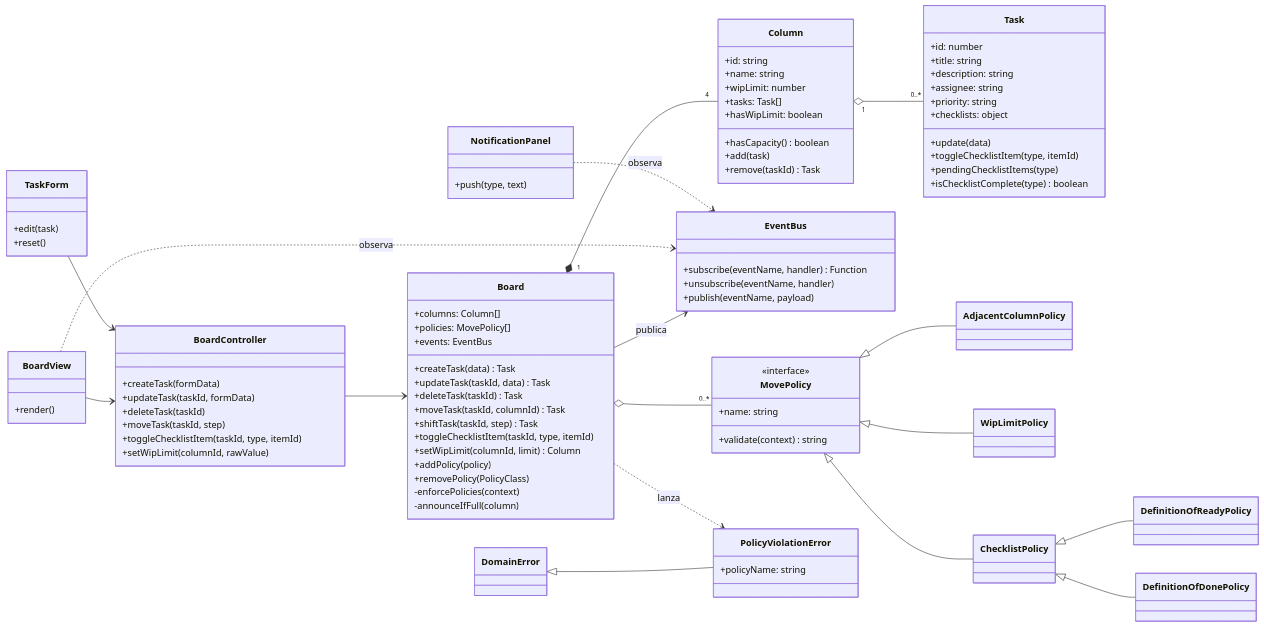
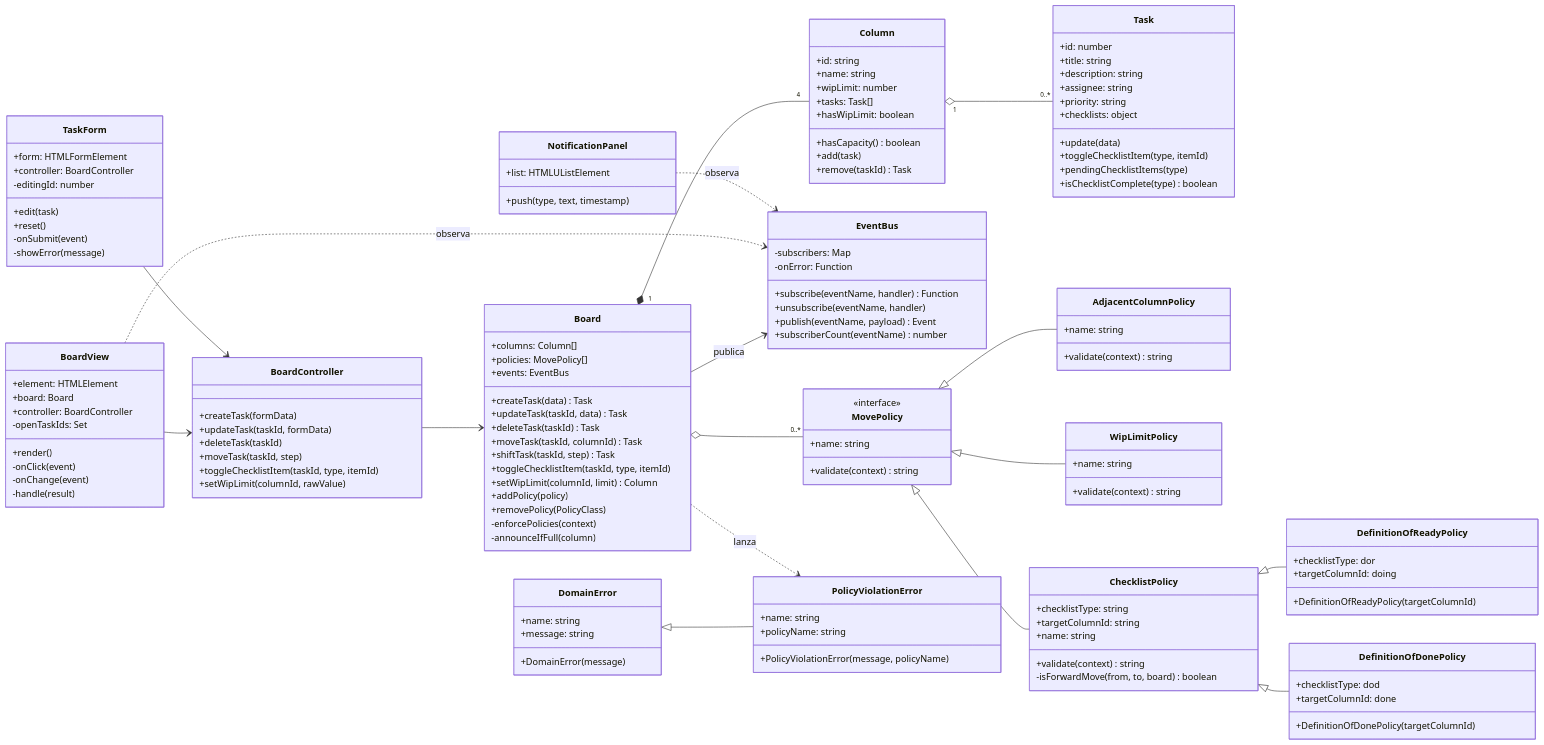
Before and after one commit to Andres-Quijano/Grupo6_Mini-tableroKanban: the diagram in docs/diagramas/clases.md, drawn with Mermaid. The commit also changed 1 other file, not shown here.

Commit message:
docs: completar atributos y métodos de todas las clases en los diagramas UML

```diff
--- a/docs/diagramas/clases.md
+++ b/docs/diagramas/clases.md
@@ -46,9 +46,12 @@
     }
 
     class EventBus {
+        -subscribers: Map
+        -onError: Function
         +subscribe(eventName, handler) Function
         +unsubscribe(eventName, handler)
-        +publish(eventName, payload)
+        +publish(eventName, payload) Event
+        +subscriberCount(eventName) number
     }
 
     class MovePolicy {
@@ -56,11 +59,31 @@
         +name: string
         +validate(context) string
     }
-    class AdjacentColumnPolicy
-    class WipLimitPolicy
-    class ChecklistPolicy
-    class DefinitionOfReadyPolicy
-    class DefinitionOfDonePolicy
+    class AdjacentColumnPolicy {
+        +name: string
+        +validate(context) string
+    }
+    class WipLimitPolicy {
+        +name: string
+        +validate(context) string
+    }
+    class ChecklistPolicy {
+        +checklistType: string
+        +targetColumnId: string
+        +name: string
+        +validate(context) string
+        -isForwardMove(from, to, board) boolean
+    }
+    class DefinitionOfReadyPolicy {
+        +checklistType: dor
+        +targetColumnId: doing
+        +DefinitionOfReadyPolicy(targetColumnId)
+    }
+    class DefinitionOfDonePolicy {
+        +checklistType: dod
+        +targetColumnId: done
+        +DefinitionOfDonePolicy(targetColumnId)
+    }
 
     class BoardController {
         +createTask(formData)
@@ -72,19 +95,38 @@
     }
 
     class BoardView {
+        +element: HTMLElement
+        +board: Board
+        +controller: BoardController
+        -openTaskIds: Set
         +render()
+        -onClick(event)
+        -onChange(event)
+        -handle(result)
     }
     class TaskForm {
+        +form: HTMLFormElement
+        +controller: BoardController
+        -editingId: number
         +edit(task)
         +reset()
+        -onSubmit(event)
+        -showError(message)
     }
     class NotificationPanel {
-        +push(type, text)
+        +list: HTMLUListElement
+        +push(type, text, timestamp)
     }
 
-    class DomainError
+    class DomainError {
+        +name: string
+        +message: string
+        +DomainError(message)
+    }
     class PolicyViolationError {
+        +name: string
         +policyName: string
+        +PolicyViolationError(message, policyName)
     }
 
     Board "1" *-- "4" Column
```
